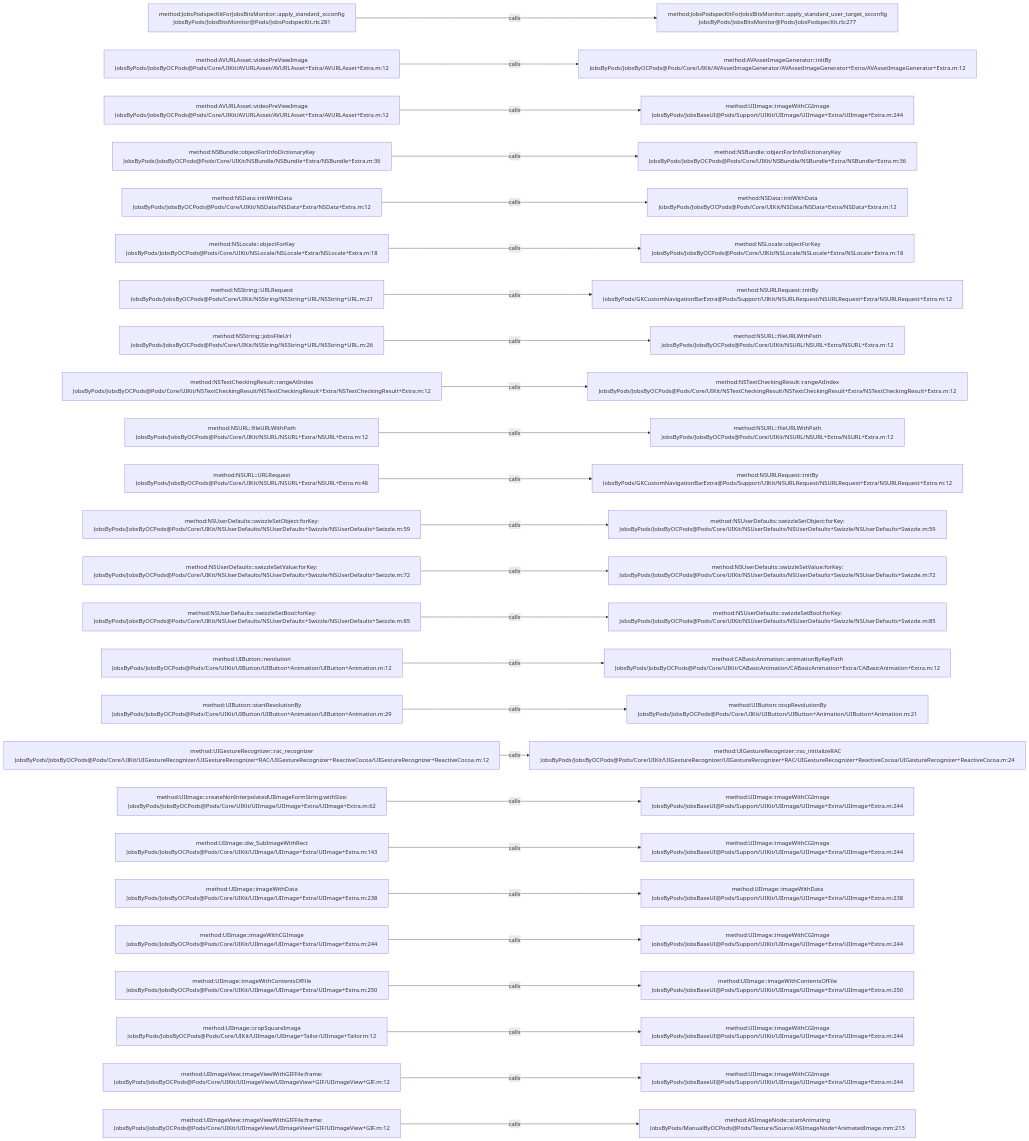
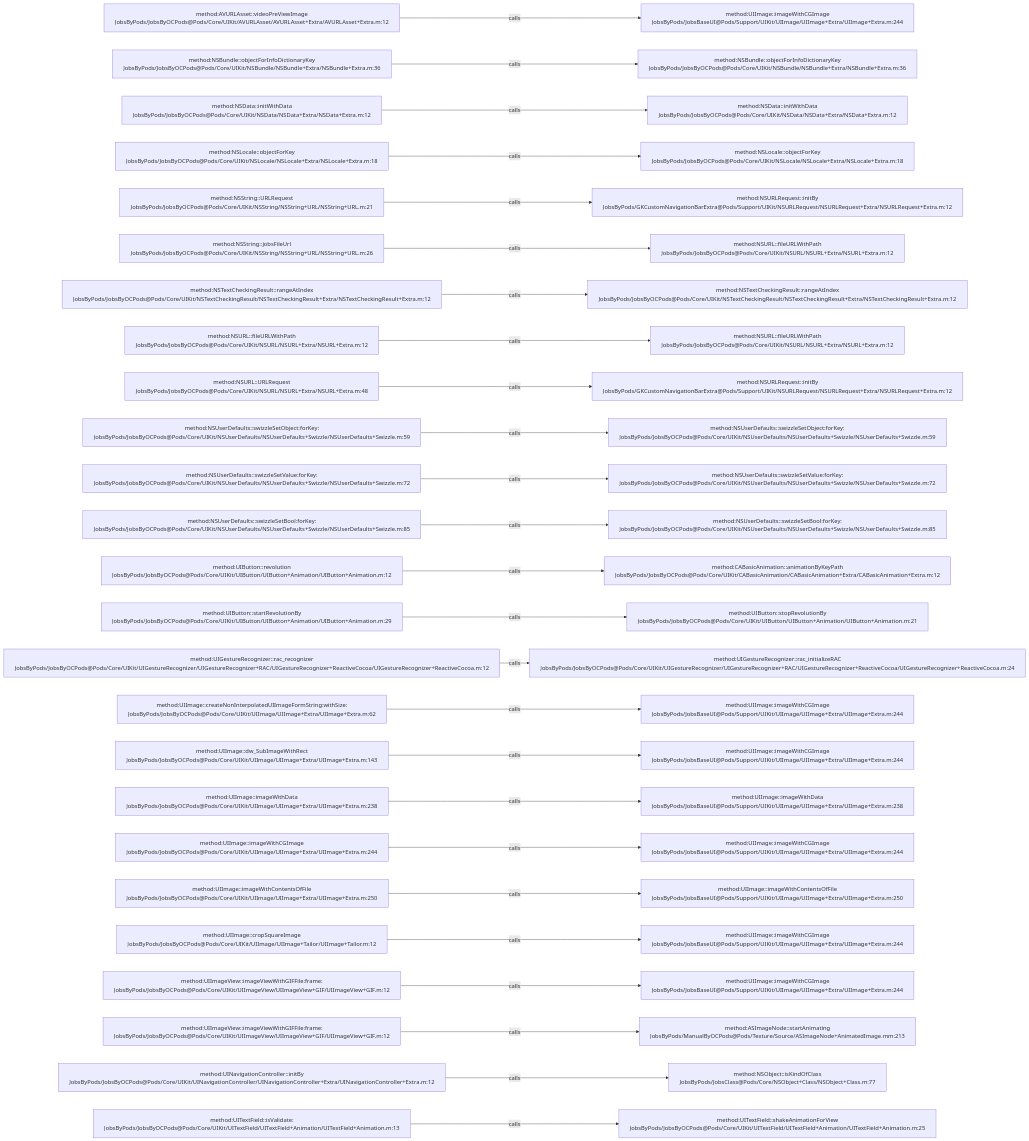
Before and after one commit to JobsKits/JobsOCBaseConfigDemo: the diagram in .codegraph/codegraph.md/graphs/calls-004.md, drawn with Mermaid. The commit also changed 727 other files, not shown here.

````diff
--- a/.codegraph/codegraph.md/graphs/calls-004.md
+++ b/.codegraph/codegraph.md/graphs/calls-004.md
@@ -13,78 +13,78 @@
 ```mermaid
 flowchart LR
-  S1["method:JobsPodspecKitForJobsBitsMonitor::apply_standard_xcconfig<br/>JobsByPods/JobsBitsMonitor@Pods/JobsPodspecKit.rb:281"]
-  T1["method:JobsPodspecKitForJobsBitsMonitor::apply_standard_user_target_xcconfig<br/>JobsByPods/JobsBitsMonitor@Pods/JobsPodspecKit.rb:277"]
+  S1["method:AVURLAsset::videoPreViewImage<br/>JobsByPods/JobsByOCPods@Pods/Core/UIKit/AVURLAsset/AVURLAsset+Extra/AVURLAsset+Extra.m:12"]
+  T1["method:UIImage::imageWithCGImage<br/>JobsByPods/JobsBaseUI@Pods/Support/UIKit/UIImage/UIImage+Extra/UIImage+Extra.m:244"]
   S1 -->|calls| T1
-  S2["method:AVURLAsset::videoPreViewImage<br/>JobsByPods/JobsByOCPods@Pods/Core/UIKit/AVURLAsset/AVURLAsset+Extra/AVURLAsset+Extra.m:12"]
-  T2["method:AVAssetImageGenerator::initBy<br/>JobsByPods/JobsByOCPods@Pods/Core/UIKit/AVAssetImageGenerator/AVAssetImageGenerator+Extra/AVAssetImageGenerator+Extra.m:12"]
+  S2["method:NSBundle::objectForInfoDictionaryKey<br/>JobsByPods/JobsByOCPods@Pods/Core/UIKit/NSBundle/NSBundle+Extra/NSBundle+Extra.m:36"]
+  T2["method:NSBundle::objectForInfoDictionaryKey<br/>JobsByPods/JobsByOCPods@Pods/Core/UIKit/NSBundle/NSBundle+Extra/NSBundle+Extra.m:36"]
   S2 -->|calls| T2
-  S3["method:AVURLAsset::videoPreViewImage<br/>JobsByPods/JobsByOCPods@Pods/Core/UIKit/AVURLAsset/AVURLAsset+Extra/AVURLAsset+Extra.m:12"]
-  T3["method:UIImage::imageWithCGImage<br/>JobsByPods/JobsBaseUI@Pods/Support/UIKit/UIImage/UIImage+Extra/UIImage+Extra.m:244"]
+  S3["method:NSData::initWithData<br/>JobsByPods/JobsByOCPods@Pods/Core/UIKit/NSData/NSData+Extra/NSData+Extra.m:12"]
+  T3["method:NSData::initWithData<br/>JobsByPods/JobsByOCPods@Pods/Core/UIKit/NSData/NSData+Extra/NSData+Extra.m:12"]
   S3 -->|calls| T3
-  S4["method:NSBundle::objectForInfoDictionaryKey<br/>JobsByPods/JobsByOCPods@Pods/Core/UIKit/NSBundle/NSBundle+Extra/NSBundle+Extra.m:36"]
-  T4["method:NSBundle::objectForInfoDictionaryKey<br/>JobsByPods/JobsByOCPods@Pods/Core/UIKit/NSBundle/NSBundle+Extra/NSBundle+Extra.m:36"]
+  S4["method:NSLocale::objectForKey<br/>JobsByPods/JobsByOCPods@Pods/Core/UIKit/NSLocale/NSLocale+Extra/NSLocale+Extra.m:18"]
+  T4["method:NSLocale::objectForKey<br/>JobsByPods/JobsByOCPods@Pods/Core/UIKit/NSLocale/NSLocale+Extra/NSLocale+Extra.m:18"]
   S4 -->|calls| T4
-  S5["method:NSData::initWithData<br/>JobsByPods/JobsByOCPods@Pods/Core/UIKit/NSData/NSData+Extra/NSData+Extra.m:12"]
-  T5["method:NSData::initWithData<br/>JobsByPods/JobsByOCPods@Pods/Core/UIKit/NSData/NSData+Extra/NSData+Extra.m:12"]
+  S5["method:NSString::URLRequest<br/>JobsByPods/JobsByOCPods@Pods/Core/UIKit/NSString/NSString+URL/NSString+URL.m:21"]
+  T5["method:NSURLRequest::initBy<br/>JobsByPods/GKCustomNavigationBarExtra@Pods/Support/UIKit/NSURLRequest/NSURLRequest+Extra/NSURLRequest+Extra.m:12"]
   S5 -->|calls| T5
-  S6["method:NSLocale::objectForKey<br/>JobsByPods/JobsByOCPods@Pods/Core/UIKit/NSLocale/NSLocale+Extra/NSLocale+Extra.m:18"]
-  T6["method:NSLocale::objectForKey<br/>JobsByPods/JobsByOCPods@Pods/Core/UIKit/NSLocale/NSLocale+Extra/NSLocale+Extra.m:18"]
+  S6["method:NSString::jobsFileUrl<br/>JobsByPods/JobsByOCPods@Pods/Core/UIKit/NSString/NSString+URL/NSString+URL.m:26"]
+  T6["method:NSURL::fileURLWithPath<br/>JobsByPods/JobsByOCPods@Pods/Core/UIKit/NSURL/NSURL+Extra/NSURL+Extra.m:12"]
   S6 -->|calls| T6
-  S7["method:NSString::URLRequest<br/>JobsByPods/JobsByOCPods@Pods/Core/UIKit/NSString/NSString+URL/NSString+URL.m:21"]
-  T7["method:NSURLRequest::initBy<br/>JobsByPods/GKCustomNavigationBarExtra@Pods/Support/UIKit/NSURLRequest/NSURLRequest+Extra/NSURLRequest+Extra.m:12"]
+  S7["method:NSTextCheckingResult::rangeAtIndex<br/>JobsByPods/JobsByOCPods@Pods/Core/UIKit/NSTextCheckingResult/NSTextCheckingResult+Extra/NSTextCheckingResult+Extra.m:12"]
+  T7["method:NSTextCheckingResult::rangeAtIndex<br/>JobsByPods/JobsByOCPods@Pods/Core/UIKit/NSTextCheckingResult/NSTextCheckingResult+Extra/NSTextCheckingResult+Extra.m:12"]
   S7 -->|calls| T7
-  S8["method:NSString::jobsFileUrl<br/>JobsByPods/JobsByOCPods@Pods/Core/UIKit/NSString/NSString+URL/NSString+URL.m:26"]
+  S8["method:NSURL::fileURLWithPath<br/>JobsByPods/JobsByOCPods@Pods/Core/UIKit/NSURL/NSURL+Extra/NSURL+Extra.m:12"]
   T8["method:NSURL::fileURLWithPath<br/>JobsByPods/JobsByOCPods@Pods/Core/UIKit/NSURL/NSURL+Extra/NSURL+Extra.m:12"]
   S8 -->|calls| T8
-  S9["method:NSTextCheckingResult::rangeAtIndex<br/>JobsByPods/JobsByOCPods@Pods/Core/UIKit/NSTextCheckingResult/NSTextCheckingResult+Extra/NSTextCheckingResult+Extra.m:12"]
-  T9["method:NSTextCheckingResult::rangeAtIndex<br/>JobsByPods/JobsByOCPods@Pods/Core/UIKit/NSTextCheckingResult/NSTextCheckingResult+Extra/NSTextCheckingResult+Extra.m:12"]
+  S9["method:NSURL::URLRequest<br/>JobsByPods/JobsByOCPods@Pods/Core/UIKit/NSURL/NSURL+Extra/NSURL+Extra.m:48"]
+  T9["method:NSURLRequest::initBy<br/>JobsByPods/GKCustomNavigationBarExtra@Pods/Support/UIKit/NSURLRequest/NSURLRequest+Extra/NSURLRequest+Extra.m:12"]
   S9 -->|calls| T9
-  S10["method:NSURL::fileURLWithPath<br/>JobsByPods/JobsByOCPods@Pods/Core/UIKit/NSURL/NSURL+Extra/NSURL+Extra.m:12"]
-  T10["method:NSURL::fileURLWithPath<br/>JobsByPods/JobsByOCPods@Pods/Core/UIKit/NSURL/NSURL+Extra/NSURL+Extra.m:12"]
+  S10["method:NSUserDefaults::swizzleSetObject:forKey:<br/>JobsByPods/JobsByOCPods@Pods/Core/UIKit/NSUserDefaults/NSUserDefaults+Swizzle/NSUserDefaults+Swizzle.m:59"]
+  T10["method:NSUserDefaults::swizzleSetObject:forKey:<br/>JobsByPods/JobsByOCPods@Pods/Core/UIKit/NSUserDefaults/NSUserDefaults+Swizzle/NSUserDefaults+Swizzle.m:59"]
   S10 -->|calls| T10
-  S11["method:NSURL::URLRequest<br/>JobsByPods/JobsByOCPods@Pods/Core/UIKit/NSURL/NSURL+Extra/NSURL+Extra.m:48"]
-  T11["method:NSURLRequest::initBy<br/>JobsByPods/GKCustomNavigationBarExtra@Pods/Support/UIKit/NSURLRequest/NSURLRequest+Extra/NSURLRequest+Extra.m:12"]
+  S11["method:NSUserDefaults::swizzleSetValue:forKey:<br/>JobsByPods/JobsByOCPods@Pods/Core/UIKit/NSUserDefaults/NSUserDefaults+Swizzle/NSUserDefaults+Swizzle.m:72"]
+  T11["method:NSUserDefaults::swizzleSetValue:forKey:<br/>JobsByPods/JobsByOCPods@Pods/Core/UIKit/NSUserDefaults/NSUserDefaults+Swizzle/NSUserDefaults+Swizzle.m:72"]
   S11 -->|calls| T11
-  S12["method:NSUserDefaults::swizzleSetObject:forKey:<br/>JobsByPods/JobsByOCPods@Pods/Core/UIKit/NSUserDefaults/NSUserDefaults+Swizzle/NSUserDefaults+Swizzle.m:59"]
-  T12["method:NSUserDefaults::swizzleSetObject:forKey:<br/>JobsByPods/JobsByOCPods@Pods/Core/UIKit/NSUserDefaults/NSUserDefaults+Swizzle/NSUserDefaults+Swizzle.m:59"]
+  S12["method:NSUserDefaults::swizzleSetBool:forKey:<br/>JobsByPods/JobsByOCPods@Pods/Core/UIKit/NSUserDefaults/NSUserDefaults+Swizzle/NSUserDefaults+Swizzle.m:85"]
+  T12["method:NSUserDefaults::swizzleSetBool:forKey:<br/>JobsByPods/JobsByOCPods@Pods/Core/UIKit/NSUserDefaults/NSUserDefaults+Swizzle/NSUserDefaults+Swizzle.m:85"]
   S12 -->|calls| T12
-  S13["method:NSUserDefaults::swizzleSetValue:forKey:<br/>JobsByPods/JobsByOCPods@Pods/Core/UIKit/NSUserDefaults/NSUserDefaults+Swizzle/NSUserDefaults+Swizzle.m:72"]
-  T13["method:NSUserDefaults::swizzleSetValue:forKey:<br/>JobsByPods/JobsByOCPods@Pods/Core/UIKit/NSUserDefaults/NSUserDefaults+Swizzle/NSUserDefaults+Swizzle.m:72"]
+  S13["method:UIButton::revolution<br/>JobsByPods/JobsByOCPods@Pods/Core/UIKit/UIButton/UIButton+Animation/UIButton+Animation.m:12"]
+  T13["method:CABasicAnimation::animationByKeyPath<br/>JobsByPods/JobsByOCPods@Pods/Core/UIKit/CABasicAnimation/CABasicAnimation+Extra/CABasicAnimation+Extra.m:12"]
   S13 -->|calls| T13
-  S14["method:NSUserDefaults::swizzleSetBool:forKey:<br/>JobsByPods/JobsByOCPods@Pods/Core/UIKit/NSUserDefaults/NSUserDefaults+Swizzle/NSUserDefaults+Swizzle.m:85"]
-  T14["method:NSUserDefaults::swizzleSetBool:forKey:<br/>JobsByPods/JobsByOCPods@Pods/Core/UIKit/NSUserDefaults/NSUserDefaults+Swizzle/NSUserDefaults+Swizzle.m:85"]
+  S14["method:UIButton::startRevolutionBy<br/>JobsByPods/JobsByOCPods@Pods/Core/UIKit/UIButton/UIButton+Animation/UIButton+Animation.m:29"]
+  T14["method:UIButton::stopRevolutionBy<br/>JobsByPods/JobsByOCPods@Pods/Core/UIKit/UIButton/UIButton+Animation/UIButton+Animation.m:21"]
   S14 -->|calls| T14
-  S15["method:UIButton::revolution<br/>JobsByPods/JobsByOCPods@Pods/Core/UIKit/UIButton/UIButton+Animation/UIButton+Animation.m:12"]
-  T15["method:CABasicAnimation::animationByKeyPath<br/>JobsByPods/JobsByOCPods@Pods/Core/UIKit/CABasicAnimation/CABasicAnimation+Extra/CABasicAnimation+Extra.m:12"]
+  S15["method:UIGestureRecognizer::rac_recognizer<br/>JobsByPods/JobsByOCPods@Pods/Core/UIKit/UIGestureRecognizer/UIGestureRecognizer+RAC/UIGestureRecognizer+ReactiveCocoa/UIGestureRecognizer+ReactiveCocoa.m:12"]
+  T15["method:UIGestureRecognizer::rac_initializeRAC<br/>JobsByPods/JobsByOCPods@Pods/Core/UIKit/UIGestureRecognizer/UIGestureRecognizer+RAC/UIGestureRecognizer+ReactiveCocoa/UIGestureRecognizer+ReactiveCocoa.m:24"]
   S15 -->|calls| T15
-  S16["method:UIButton::startRevolutionBy<br/>JobsByPods/JobsByOCPods@Pods/Core/UIKit/UIButton/UIButton+Animation/UIButton+Animation.m:29"]
-  T16["method:UIButton::stopRevolutionBy<br/>JobsByPods/JobsByOCPods@Pods/Core/UIKit/UIButton/UIButton+Animation/UIButton+Animation.m:21"]
+  S16["method:UIImage::createNonInterpolatedUIImageFormString:withSize:<br/>JobsByPods/JobsByOCPods@Pods/Core/UIKit/UIImage/UIImage+Extra/UIImage+Extra.m:62"]
+  T16["method:UIImage::imageWithCGImage<br/>JobsByPods/JobsBaseUI@Pods/Support/UIKit/UIImage/UIImage+Extra/UIImage+Extra.m:244"]
   S16 -->|calls| T16
-  S17["method:UIGestureRecognizer::rac_recognizer<br/>JobsByPods/JobsByOCPods@Pods/Core/UIKit/UIGestureRecognizer/UIGestureRecognizer+RAC/UIGestureRecognizer+ReactiveCocoa/UIGestureRecognizer+ReactiveCocoa.m:12"]
-  T17["method:UIGestureRecognizer::rac_initializeRAC<br/>JobsByPods/JobsByOCPods@Pods/Core/UIKit/UIGestureRecognizer/UIGestureRecognizer+RAC/UIGestureRecognizer+ReactiveCocoa/UIGestureRecognizer+ReactiveCocoa.m:24"]
+  S17["method:UIImage::dw_SubImageWithRect<br/>JobsByPods/JobsByOCPods@Pods/Core/UIKit/UIImage/UIImage+Extra/UIImage+Extra.m:143"]
+  T17["method:UIImage::imageWithCGImage<br/>JobsByPods/JobsBaseUI@Pods/Support/UIKit/UIImage/UIImage+Extra/UIImage+Extra.m:244"]
   S17 -->|calls| T17
-  S18["method:UIImage::createNonInterpolatedUIImageFormString:withSize:<br/>JobsByPods/JobsByOCPods@Pods/Core/UIKit/UIImage/UIImage+Extra/UIImage+Extra.m:62"]
-  T18["method:UIImage::imageWithCGImage<br/>JobsByPods/JobsBaseUI@Pods/Support/UIKit/UIImage/UIImage+Extra/UIImage+Extra.m:244"]
+  S18["method:UIImage::imageWithData<br/>JobsByPods/JobsByOCPods@Pods/Core/UIKit/UIImage/UIImage+Extra/UIImage+Extra.m:238"]
+  T18["method:UIImage::imageWithData<br/>JobsByPods/JobsBaseUI@Pods/Support/UIKit/UIImage/UIImage+Extra/UIImage+Extra.m:238"]
   S18 -->|calls| T18
-  S19["method:UIImage::dw_SubImageWithRect<br/>JobsByPods/JobsByOCPods@Pods/Core/UIKit/UIImage/UIImage+Extra/UIImage+Extra.m:143"]
+  S19["method:UIImage::imageWithCGImage<br/>JobsByPods/JobsByOCPods@Pods/Core/UIKit/UIImage/UIImage+Extra/UIImage+Extra.m:244"]
   T19["method:UIImage::imageWithCGImage<br/>JobsByPods/JobsBaseUI@Pods/Support/UIKit/UIImage/UIImage+Extra/UIImage+Extra.m:244"]
   S19 -->|calls| T19
-  S20["method:UIImage::imageWithData<br/>JobsByPods/JobsByOCPods@Pods/Core/UIKit/UIImage/UIImage+Extra/UIImage+Extra.m:238"]
-  T20["method:UIImage::imageWithData<br/>JobsByPods/JobsBaseUI@Pods/Support/UIKit/UIImage/UIImage+Extra/UIImage+Extra.m:238"]
+  S20["method:UIImage::imageWithContentsOfFile<br/>JobsByPods/JobsByOCPods@Pods/Core/UIKit/UIImage/UIImage+Extra/UIImage+Extra.m:250"]
+  T20["method:UIImage::imageWithContentsOfFile<br/>JobsByPods/JobsBaseUI@Pods/Support/UIKit/UIImage/UIImage+Extra/UIImage+Extra.m:250"]
   S20 -->|calls| T20
-  S21["method:UIImage::imageWithCGImage<br/>JobsByPods/JobsByOCPods@Pods/Core/UIKit/UIImage/UIImage+Extra/UIImage+Extra.m:244"]
+  S21["method:UIImage::cropSquareImage<br/>JobsByPods/JobsByOCPods@Pods/Core/UIKit/UIImage/UIImage+Tailor/UIImage+Tailor.m:12"]
   T21["method:UIImage::imageWithCGImage<br/>JobsByPods/JobsBaseUI@Pods/Support/UIKit/UIImage/UIImage+Extra/UIImage+Extra.m:244"]
   S21 -->|calls| T21
-  S22["method:UIImage::imageWithContentsOfFile<br/>JobsByPods/JobsByOCPods@Pods/Core/UIKit/UIImage/UIImage+Extra/UIImage+Extra.m:250"]
-  T22["method:UIImage::imageWithContentsOfFile<br/>JobsByPods/JobsBaseUI@Pods/Support/UIKit/UIImage/UIImage+Extra/UIImage+Extra.m:250"]
+  S22["method:UIImageView::imageViewWithGIFFile:frame:<br/>JobsByPods/JobsByOCPods@Pods/Core/UIKit/UIImageView/UIImageView+GIF/UIImageView+GIF.m:12"]
+  T22["method:UIImage::imageWithCGImage<br/>JobsByPods/JobsBaseUI@Pods/Support/UIKit/UIImage/UIImage+Extra/UIImage+Extra.m:244"]
   S22 -->|calls| T22
-  S23["method:UIImage::cropSquareImage<br/>JobsByPods/JobsByOCPods@Pods/Core/UIKit/UIImage/UIImage+Tailor/UIImage+Tailor.m:12"]
-  T23["method:UIImage::imageWithCGImage<br/>JobsByPods/JobsBaseUI@Pods/Support/UIKit/UIImage/UIImage+Extra/UIImage+Extra.m:244"]
+  S23["method:UIImageView::imageViewWithGIFFile:frame:<br/>JobsByPods/JobsByOCPods@Pods/Core/UIKit/UIImageView/UIImageView+GIF/UIImageView+GIF.m:12"]
+  T23["method:ASImageNode::startAnimating<br/>JobsByPods/ManualByOCPods@Pods/Texture/Source/ASImageNode+AnimatedImage.mm:213"]
   S23 -->|calls| T23
-  S24["method:UIImageView::imageViewWithGIFFile:frame:<br/>JobsByPods/JobsByOCPods@Pods/Core/UIKit/UIImageView/UIImageView+GIF/UIImageView+GIF.m:12"]
-  T24["method:UIImage::imageWithCGImage<br/>JobsByPods/JobsBaseUI@Pods/Support/UIKit/UIImage/UIImage+Extra/UIImage+Extra.m:244"]
+  S24["method:UINavigationController::initBy<br/>JobsByPods/JobsByOCPods@Pods/Core/UIKit/UINavigationController/UINavigationController+Extra/UINavigationController+Extra.m:12"]
+  T24["method:NSObject::isKindOfClass<br/>JobsByPods/JobsClass@Pods/Core/NSObject+Class/NSObject+Class.m:77"]
   S24 -->|calls| T24
-  S25["method:UIImageView::imageViewWithGIFFile:frame:<br/>JobsByPods/JobsByOCPods@Pods/Core/UIKit/UIImageView/UIImageView+GIF/UIImageView+GIF.m:12"]
-  T25["method:ASImageNode::startAnimating<br/>JobsByPods/ManualByOCPods@Pods/Texture/Source/ASImageNode+AnimatedImage.mm:213"]
+  S25["method:UITextField::isValidate:<br/>JobsByPods/JobsByOCPods@Pods/Core/UIKit/UITextField/UITextField+Animation/UITextField+Animation.m:13"]
+  T25["method:UITextField::shakeAnimationForView<br/>JobsByPods/JobsByOCPods@Pods/Core/UIKit/UITextField/UITextField+Animation/UITextField+Animation.m:25"]
   S25 -->|calls| T25
 ```
````
